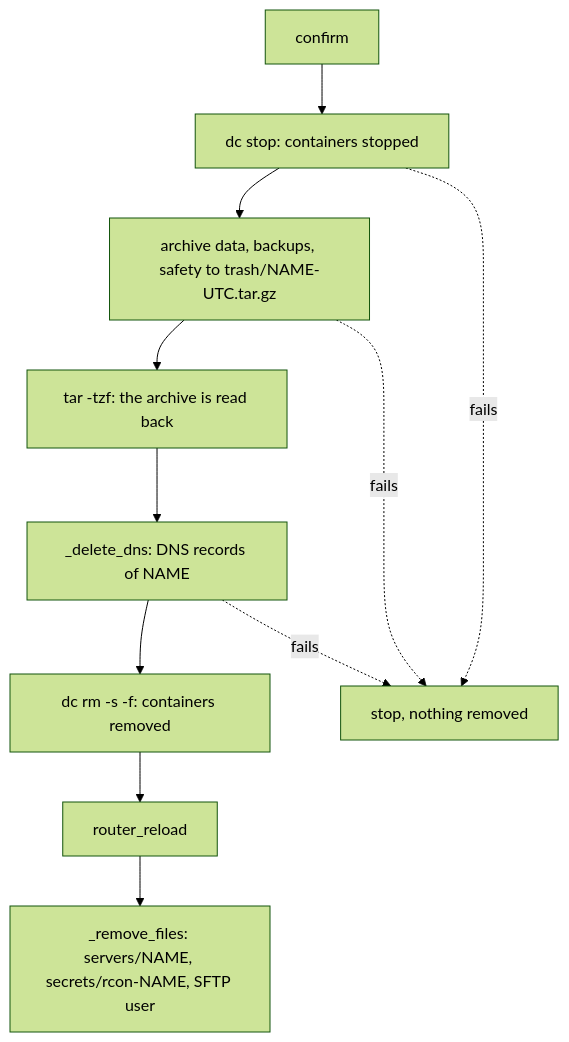
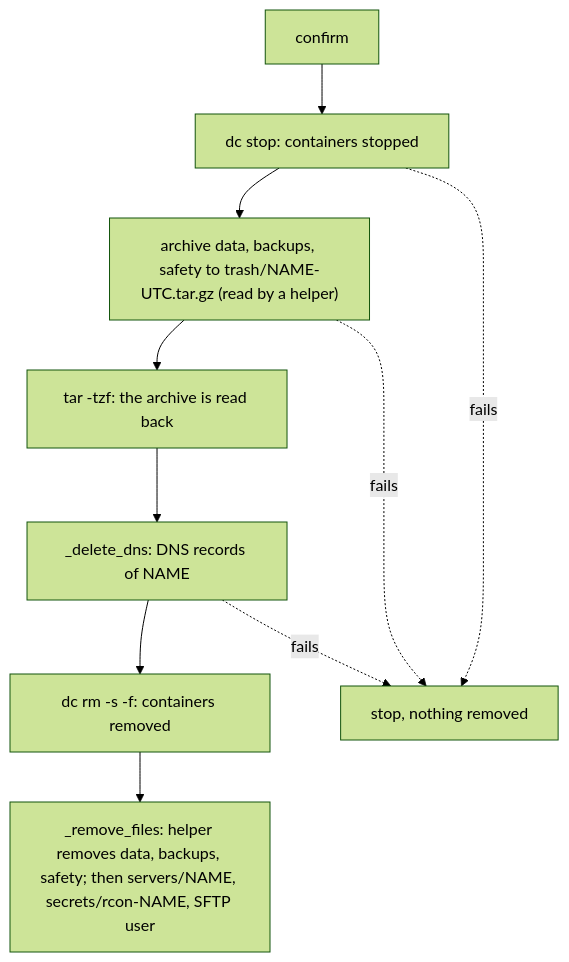
The second of 6 diagrams in single-standalone/docs/architecture.md (Tokenzrey/Pterodactyl), drawn with Mermaid (forest theme) before and after one commit. The commit also changed other lines of this file and 38 other files, not shown here.

````diff
--- a/single-standalone/docs/architecture.md
+++ b/single-standalone/docs/architecture.md
@@ -31,13 +31,12 @@
 ```mermaid
 flowchart TD
     A["confirm"] --> B["dc stop: containers stopped"]
-    B --> C["archive data, backups, safety to trash/NAME-UTC.tar.gz"]
+    B --> C["archive data, backups, safety to trash/NAME-UTC.tar.gz (read by a helper)"]
     C --> D["tar -tzf: the archive is read back"]
     D --> E["_delete_dns: DNS records of NAME"]
     E --> F["dc rm -s -f: containers removed"]
-    F --> G["router_reload"]
-    G --> H["_remove_files: servers/NAME, secrets/rcon-NAME, SFTP user"]
+    F --> G["_remove_files: helper removes data, backups, safety; then servers/NAME, secrets/rcon-NAME, SFTP user"]
     B -. "fails" .-> X["stop, nothing removed"]
     C -. "fails" .-> X
     E -. "fails" .-> X
 ```
````
